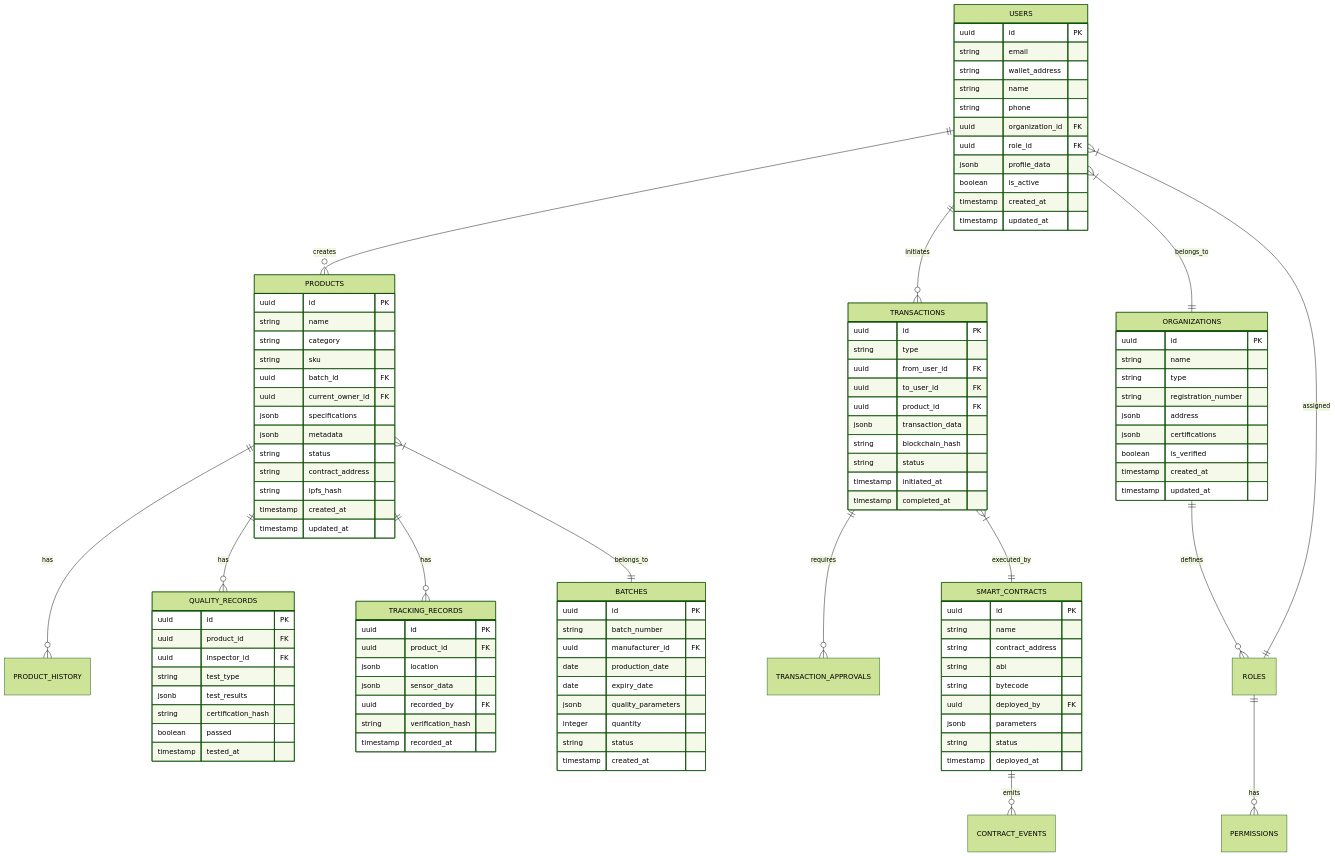
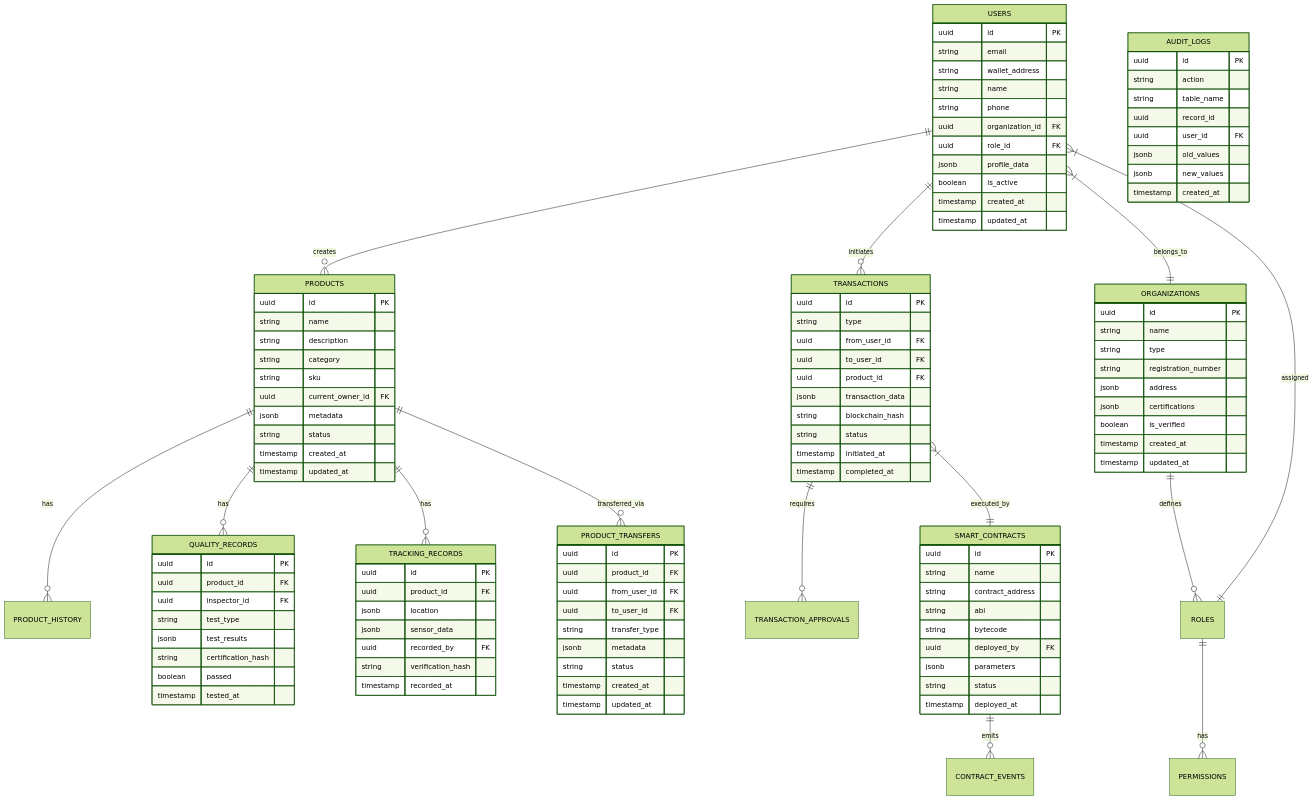
One commit to simbataisa/blockchain-based-supply-chain-management changed the third of 3 diagrams in .trae/documents/blockchain_supply_chain_architecture.md. Above: the diagram before and after it, drawn with Mermaid (forest theme). The commit also changed other lines of this file and 48 other files, not shown here.

```diff
--- a/.trae/documents/blockchain_supply_chain_architecture.md
+++ b/.trae/documents/blockchain_supply_chain_architecture.md
@@ -270,7 +270,7 @@
     PRODUCTS ||--o{ PRODUCT_HISTORY : has
     PRODUCTS ||--o{ QUALITY_RECORDS : has
     PRODUCTS ||--o{ TRACKING_RECORDS : has
-    PRODUCTS }|--|| BATCHES : belongs_to
+    PRODUCTS ||--o{ PRODUCT_TRANSFERS : transferred_via
     
     TRANSACTIONS ||--o{ TRANSACTION_APPROVALS : requires
     TRANSACTIONS }|--|| SMART_CONTRACTS : executed_by
@@ -310,28 +310,36 @@
     PRODUCTS {
         uuid id PK
         string name
+        string description
         string category
         string sku
-        uuid batch_id FK
         uuid current_owner_id FK
-        jsonb specifications
         jsonb metadata
         string status
-        string contract_address
-        string ipfs_hash
         timestamp created_at
         timestamp updated_at
     }
     
-    BATCHES {
+    PRODUCT_TRANSFERS {
         uuid id PK
-        string batch_number
-        uuid manufacturer_id FK
-        date production_date
-        date expiry_date
-        jsonb quality_parameters
-        integer quantity
+        uuid product_id FK
+        uuid from_user_id FK
+        uuid to_user_id FK
+        string transfer_type
+        jsonb metadata
         string status
+        timestamp created_at
+        timestamp updated_at
+    }
+    
+    AUDIT_LOGS {
+        uuid id PK
+        string action
+        string table_name
+        uuid record_id
+        uuid user_id FK
+        jsonb old_values
+        jsonb new_values
         timestamp created_at
     }
     
```
